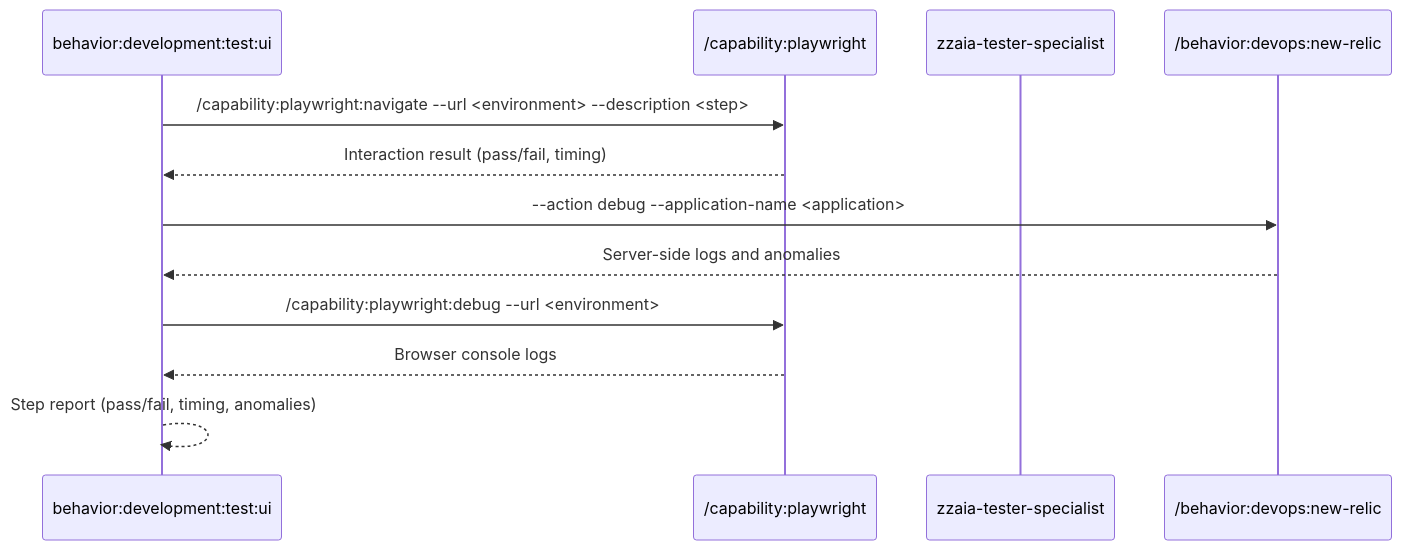
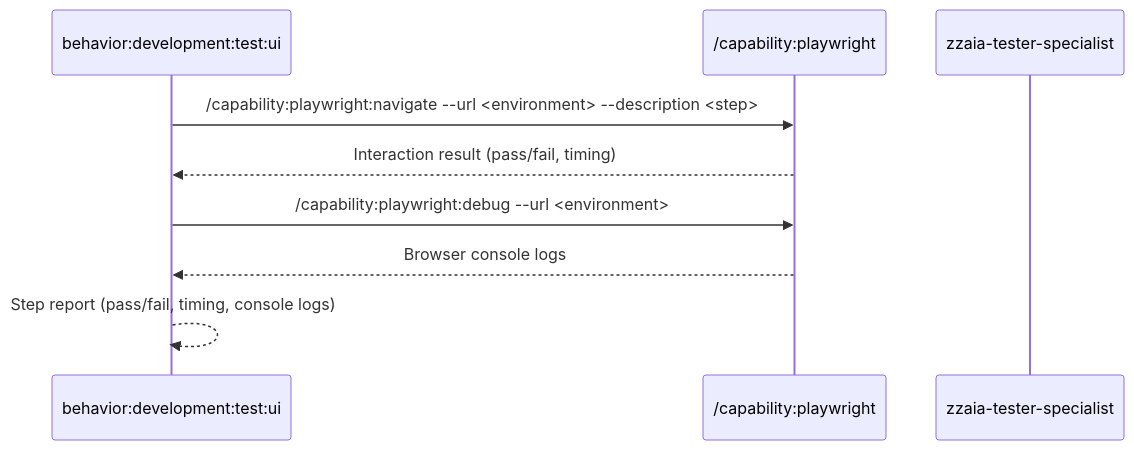
The diagram in agents/claude/.claude/commands/behavior/development/test/ui/SKILL.md (zzaia/zzaia-agentic-workspace), drawn with Mermaid before and after one commit. The commit also changed other lines of this file and 85 other files, not shown here.

````diff
--- a/agents/claude/.claude/commands/behavior/development/test/ui/SKILL.md
+++ b/agents/claude/.claude/commands/behavior/development/test/ui/SKILL.md
@@ -62,15 +58,12 @@
 ```mermaid
 sequenceDiagram
     participant C as behavior:development:test:ui
     participant PW as /capability:playwright
     participant TS as zzaia-tester-specialist
-    participant NR as /behavior:devops:new-relic
 
     C->>PW: /capability:playwright:navigate --url <environment> --description <step>
     PW-->>C: Interaction result (pass/fail, timing)
-    C->>NR: --action debug --application-name <application>
-    NR-->>C: Server-side logs and anomalies
     C->>PW: /capability:playwright:debug --url <environment>
     PW-->>C: Browser console logs
-    C-->>C: Step report (pass/fail, timing, anomalies)
+    C-->>C: Step report (pass/fail, timing, console logs)
 ```
````
